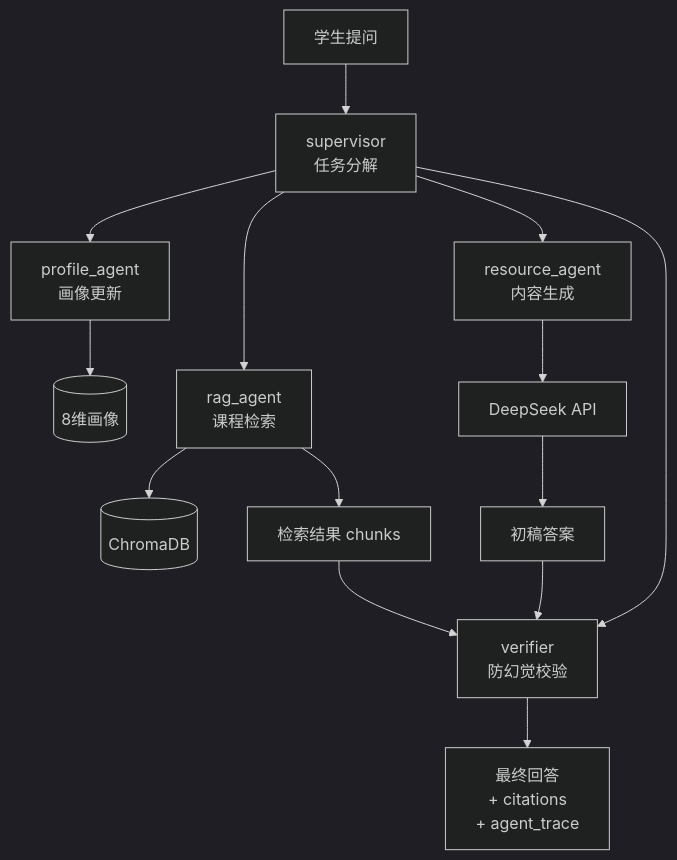
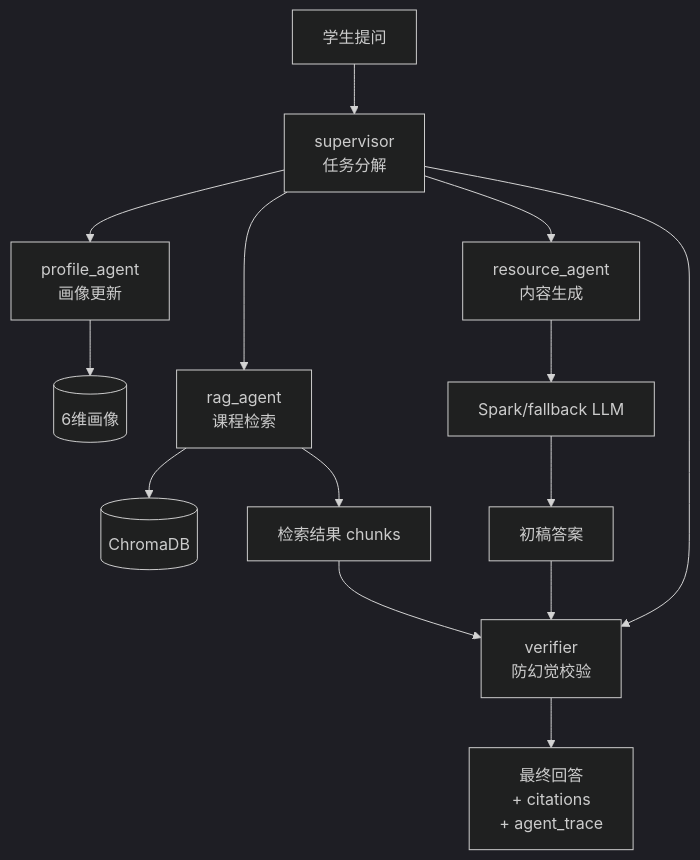
The third of 4 diagrams in docs/presentation/ARCHITECTURE_DIAGRAMS.md (jasminenetf/intelligent-learning-agent), drawn with Mermaid (dark theme) before and after one commit. The commit also changed other lines of this file and 40 other files, not shown here.

````diff
--- a/docs/presentation/ARCHITECTURE_DIAGRAMS.md
+++ b/docs/presentation/ARCHITECTURE_DIAGRAMS.md
@@ -90,16 +93,16 @@
 ```mermaid
 flowchart TD
     Q[学生提问] --> SUP[supervisor<br/>任务分解]
     SUP --> PROF_NODE[profile_agent<br/>画像更新]
-    PROF_NODE --> PROFILE[(8维画像)]
+    PROF_NODE --> PROFILE[(6维画像)]
     SUP --> RAG_NODE[rag_agent<br/>课程检索]
     RAG_NODE --> CHROMA_DB[(ChromaDB)]
     RAG_NODE --> CHUNKS[检索结果 chunks]
     SUP --> LEC_NODE[resource_agent<br/>内容生成]
-    LEC_NODE --> DS_API[DeepSeek API]
-    DS_API --> DRAFT[初稿答案]
+    LEC_NODE --> LLM_API[Spark/fallback LLM]
+    LLM_API --> DRAFT[初稿答案]
     SUP --> VFY_NODE[verifier<br/>防幻觉校验]
     DRAFT --> VFY_NODE
     CHUNKS --> VFY_NODE
     VFY_NODE --> FINAL[最终回答<br/>+ citations<br/>+ agent_trace]
 ```
````
